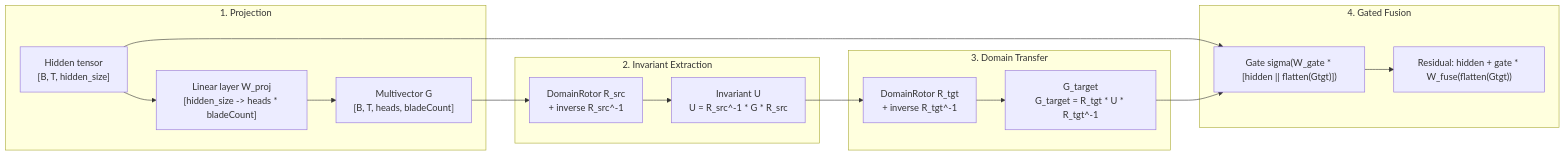
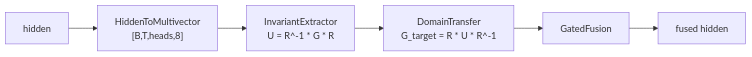
One commit to ShmidtS/HAGI changed the third of 5 diagrams in docs/architecture_diagrams.md. Above: the diagram before and after it, drawn with Mermaid. The commit also changed other lines of this file, not shown here.

First line of the commit message:
docs: honest architecture review based on actual code

````diff
--- a/docs/architecture_diagrams.md
+++ b/docs/architecture_diagrams.md
@@ -149,28 +109,4 @@
 ```mermaid
 flowchart LR
-    subgraph Projection["1. Projection"]
-        H["Hidden tensor<br/>[B, T, hidden_size]"]
-        W["Linear layer W_proj<br/>[hidden_size -> heads * bladeCount]"]
-        G["Multivector G<br/>[B, T, heads, bladeCount]"]
-        H --> W --> G
-    end
-
-    subgraph Extract["2. Invariant Extraction"]
-        Rsrc["DomainRotor R_src<br/>+ inverse R_src^-1"]
-        U["Invariant U<br/>U = R_src^-1 * G * R_src"]
-        G --> Rsrc --> U
-    end
-
-    subgraph Transfer["3. Domain Transfer"]
-        Rtgt["DomainRotor R_tgt<br/>+ inverse R_tgt^-1"]
-        Gtgt["G_target<br/>G_target = R_tgt * U * R_tgt^-1"]
-        U --> Rtgt --> Gtgt
-    end
-
-    subgraph Fuse["4. Gated Fusion"]
-        GATE["Gate sigma(W_gate * [hidden || flatten(Gtgt)])"]
-        RES["Residual: hidden + gate * W_fuse(flatten(Gtgt))"]
-        H --> GATE --> RES
-        Gtgt --> GATE
-    end
+    H["hidden"] --> PROJ["HiddenToMultivector<br/>[B,T,heads,8]"] --> INV["InvariantExtractor<br/>U = R^-1 * G * R"] --> XFER["DomainTransfer<br/>G_target = R * U * R^-1"] --> FUSE["GatedFusion"] --> OUT["fused hidden"]
 ```
````
